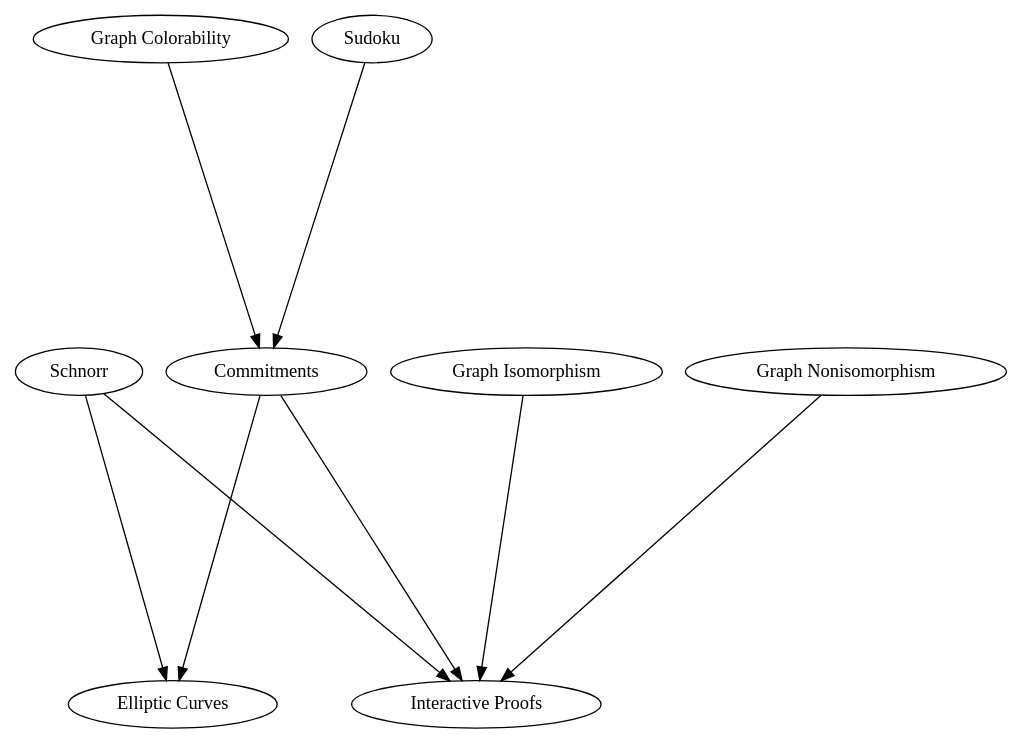
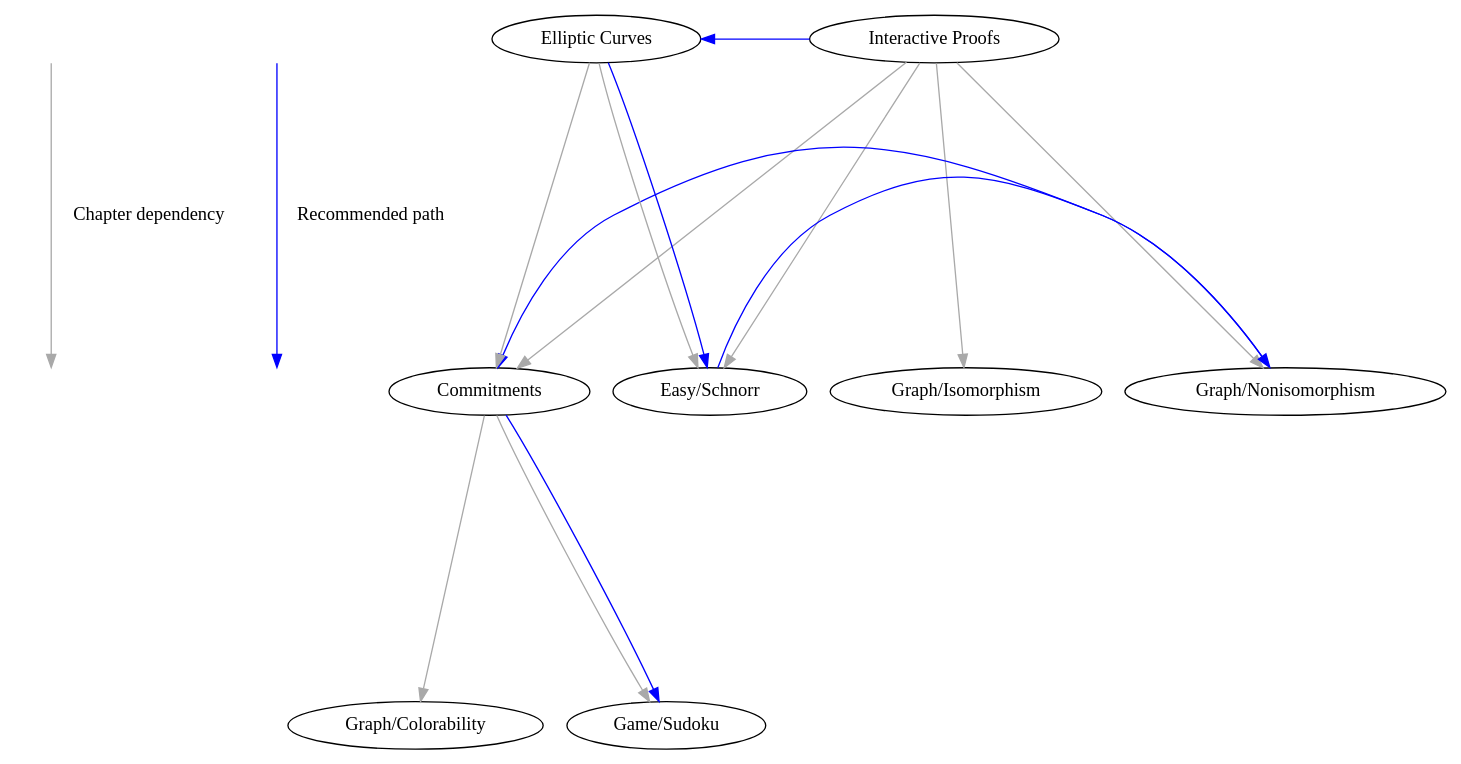
One commit to uncomputable/zkp-workshop changed the diagram in chapter-dependencies.dot. Above: the diagram before and after it, drawn with Graphviz. The commit also changed 1 other file, not shown here.

Commit message:
Update chapter dependencies
The new design is closer to https://softwarefoundations.cis.upenn.edu/plf-current/deps.html
The tree starts on the top and goes down.
Chapter dependencies are gray; the recommended path is blue.
There is a legend that explains the different edge types.

```diff
--- a/chapter-dependencies.dot
+++ b/chapter-dependencies.dot
@@ -1,25 +1,42 @@
 digraph {
 ranksep=3;
 
-"Schnorr" -> {
-    "Elliptic Curves"
-    "Interactive Proofs"
+// Legend
+subgraph legend {
+    a [style=invis];
+    b [style=invis];
+    c [style=invis];
+    d [style=invis];
+    a -> b [label="Chapter dependency", color="darkgray"];
+    c -> d [label="Recommended path", color="blue"];
+}
+
+// Chapter dependencies
+edge[color="darkgray"]
+
+"Interactive Proofs" -> {
+    "Easy/Schnorr"
+    "Commitments"
+    "Graph/Nonisomorphism"
+    "Graph/Isomorphism"
 };
 "Commitments" -> {
-    "Interactive Proofs"
-    "Elliptic Curves"
+    "Graph/Colorability"
+    "Game/Sudoku"
 };
-"Graph Isomorphism" -> {
-    "Interactive Proofs"
-};
-"Graph Nonisomorphism" -> {
-    "Interactive Proofs"
-};
-"Graph Colorability" -> {
-    "Commitments"
-};
-"Sudoku" -> {
+"Elliptic Curves" -> {
+    "Easy/Schnorr"
     "Commitments"
 };
 
+// Recommended path
+edge[color="blue", constraint=false]
+
+"Interactive Proofs"
+-> "Elliptic Curves"
+-> "Easy/Schnorr"
+-> "Graph/Nonisomorphism"
+-> "Commitments"
+-> "Game/Sudoku";
+
 }
```
